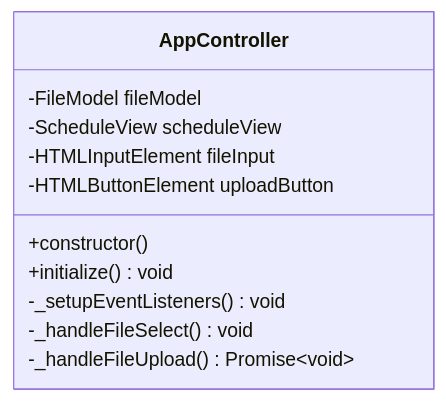
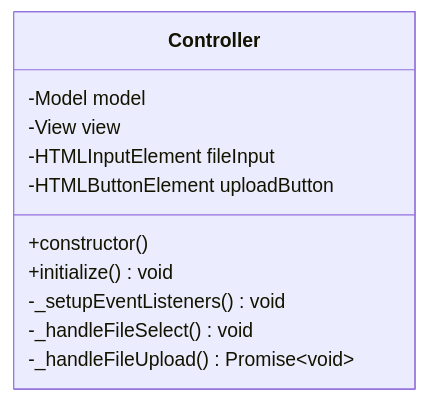
Before and after one commit to ahmetcankaratas/transformer: the second of 4 diagrams in HW1/JavaScript/README.md, drawn with Mermaid. The commit also changed other lines of this file, not shown here.

````diff
--- a/HW1/JavaScript/README.md
+++ b/HW1/JavaScript/README.md
@@ -90,14 +83,14 @@
 ```mermaid
 classDiagram
-    class AppController {
-        -FileModel fileModel
-        -ScheduleView scheduleView
+    class Controller {
+        -Model model
+        -View view
         -HTMLInputElement fileInput
         -HTMLButtonElement uploadButton
         +constructor()
         +initialize() void
         -_setupEventListeners() void
         -_handleFileSelect() void
         -_handleFileUpload() Promise~void~
     }
 ```
````
